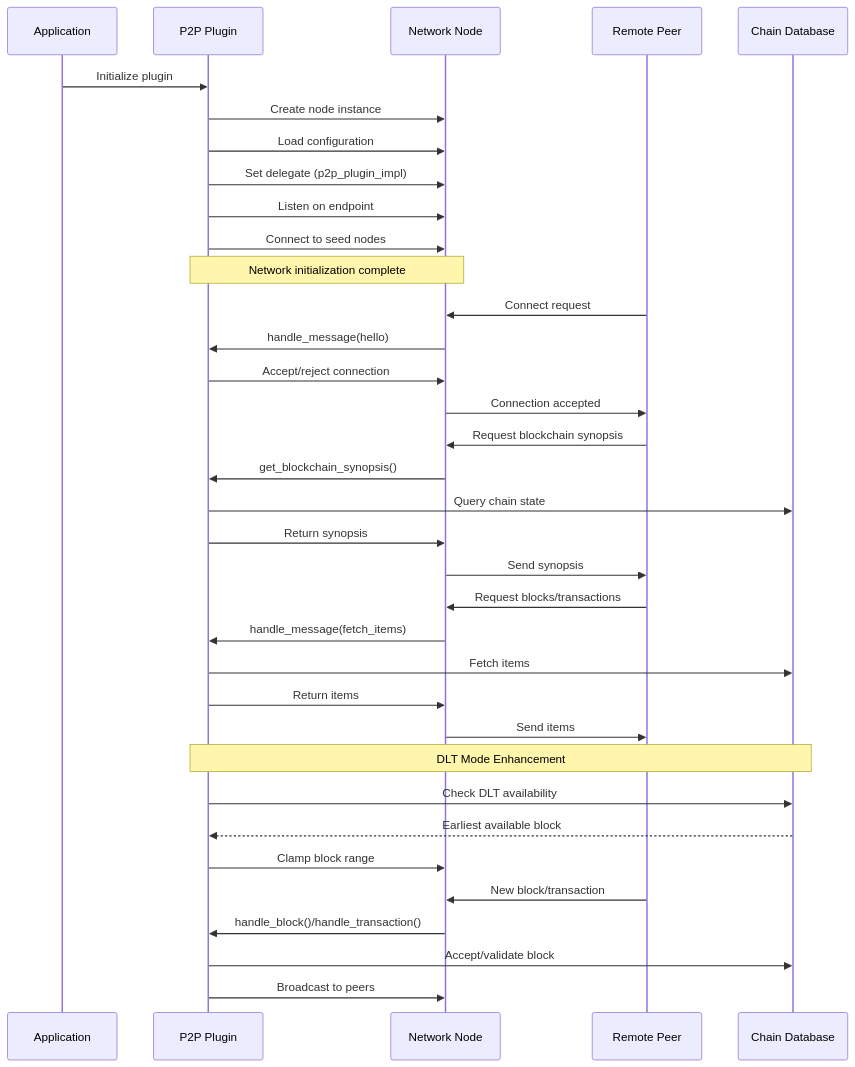
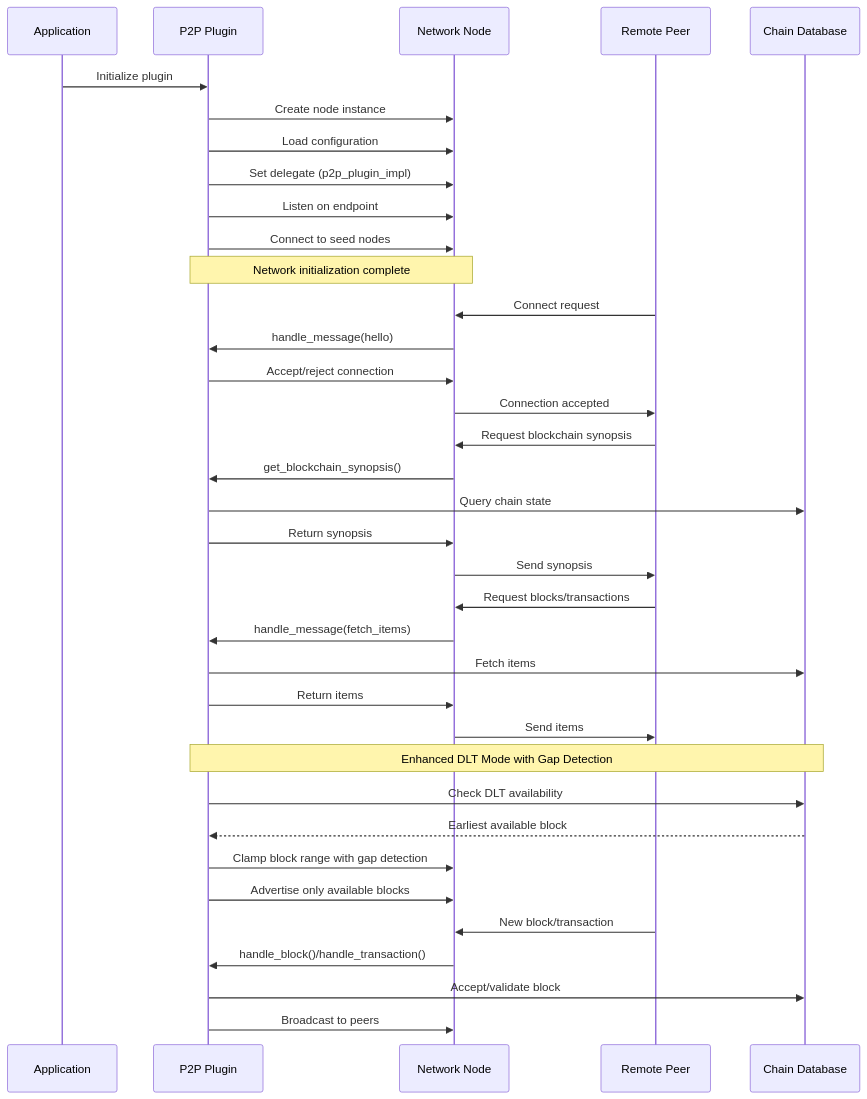
One commit to VIZ-Blockchain/viz-cpp-node changed the fourth of 32 diagrams in .qoder/repowiki/en/content/P2p Plugin.md. Above: the diagram before and after it, drawn with Mermaid. The commit also changed other lines of this file and 5 other files, not shown here.

First line of the commit message:
feat(dlt_block_log): add reset method and automatic gap recovery system

````diff
--- a/.qoder/repowiki/en/content/P2p Plugin.md
+++ b/.qoder/repowiki/en/content/P2p Plugin.md
@@ -247,37 +249,38 @@
 ```mermaid
 sequenceDiagram
 participant App as Application
 participant P2P as P2P Plugin
 participant Node as Network Node
 participant Peer as Remote Peer
 participant Chain as Chain Database
 App->>P2P : Initialize plugin
 P2P->>Node : Create node instance
 P2P->>Node : Load configuration
 P2P->>Node : Set delegate (p2p_plugin_impl)
 P2P->>Node : Listen on endpoint
 P2P->>Node : Connect to seed nodes
 Note over P2P,Node : Network initialization complete
 Peer->>Node : Connect request
 Node->>P2P : handle_message(hello)
 P2P->>Node : Accept/reject connection
 Node->>Peer : Connection accepted
 Peer->>Node : Request blockchain synopsis
 Node->>P2P : get_blockchain_synopsis()
 P2P->>Chain : Query chain state
 P2P->>Node : Return synopsis
 Node->>Peer : Send synopsis
 Peer->>Node : Request blocks/transactions
 Node->>P2P : handle_message(fetch_items)
 P2P->>Chain : Fetch items
 P2P->>Node : Return items
 Node->>Peer : Send items
-Note over P2P,Chain : DLT Mode Enhancement
+Note over P2P,Chain : Enhanced DLT Mode with Gap Detection
 P2P->>Chain : Check DLT availability
 Chain-->>P2P : Earliest available block
-P2P->>Node : Clamp block range
+P2P->>Node : Clamp block range with gap detection
+P2P->>Node : Advertise only available blocks
 Peer->>Node : New block/transaction
 Node->>P2P : handle_block()/handle_transaction()
 P2P->>Chain : Accept/validate block
 P2P->>Node : Broadcast to peers
 ```
````
